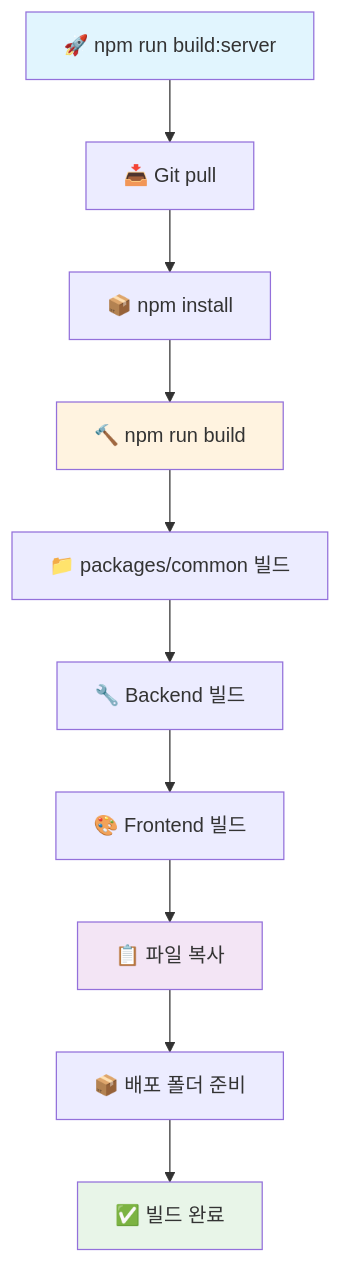
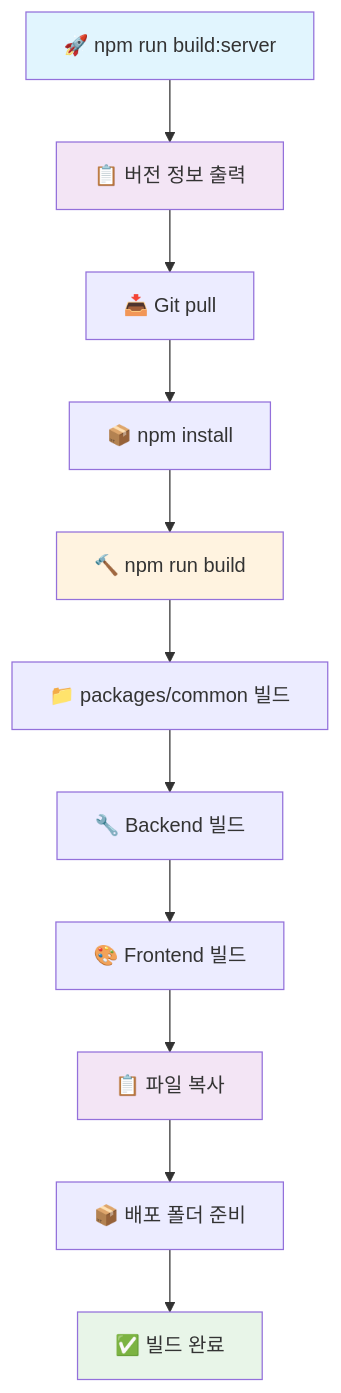
The fifth of 8 diagrams in script/README-SERVER-DEPLOYMENT.md (sweetk-dev/05-IITP-DABT-Admin), drawn with Mermaid before and after one commit. The commit also changed other lines of this file and 19 other files, not shown here.

Commit message:
[COM][Change] build, run 서버 dir 구조 수정

````diff
--- a/script/README-SERVER-DEPLOYMENT.md
+++ b/script/README-SERVER-DEPLOYMENT.md
@@ -184,17 +186,19 @@
 ```mermaid
 flowchart TD
-    A[🚀 npm run build:server] --> B[📥 Git pull]
-    B --> C[📦 npm install]
-    C --> D[🔨 npm run build]
-    D --> E[📁 packages/common 빌드]
-    E --> F[🔧 Backend 빌드]
-    F --> G[🎨 Frontend 빌드]
-    G --> H[📋 파일 복사]
-    H --> I[📦 배포 폴더 준비]
-    I --> J[✅ 빌드 완료]
+    A[🚀 npm run build:server] --> B[📋 버전 정보 출력]
+    B --> C[📥 Git pull]
+    C --> D[📦 npm install]
+    D --> E[🔨 npm run build]
+    E --> F[📁 packages/common 빌드]
+    F --> G[🔧 Backend 빌드]
+    G --> H[🎨 Frontend 빌드]
+    H --> I[📋 파일 복사]
+    I --> J[📦 배포 폴더 준비]
+    J --> K[✅ 빌드 완료]
     
     style A fill:#e1f5fe
-    style J fill:#e8f5e8
-    style D fill:#fff3e0
-    style H fill:#f3e5f5
+    style B fill:#f3e5f5
+    style K fill:#e8f5e8
+    style E fill:#fff3e0
+    style I fill:#f3e5f5
 ```
````
